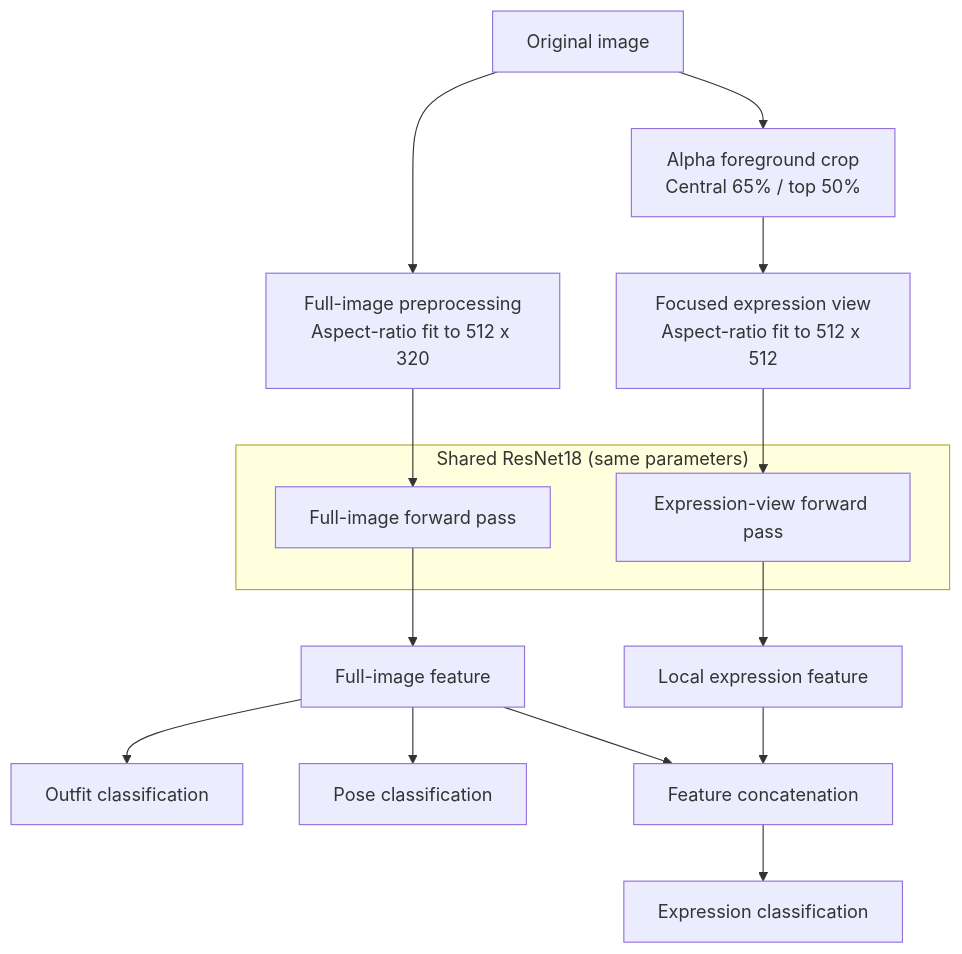
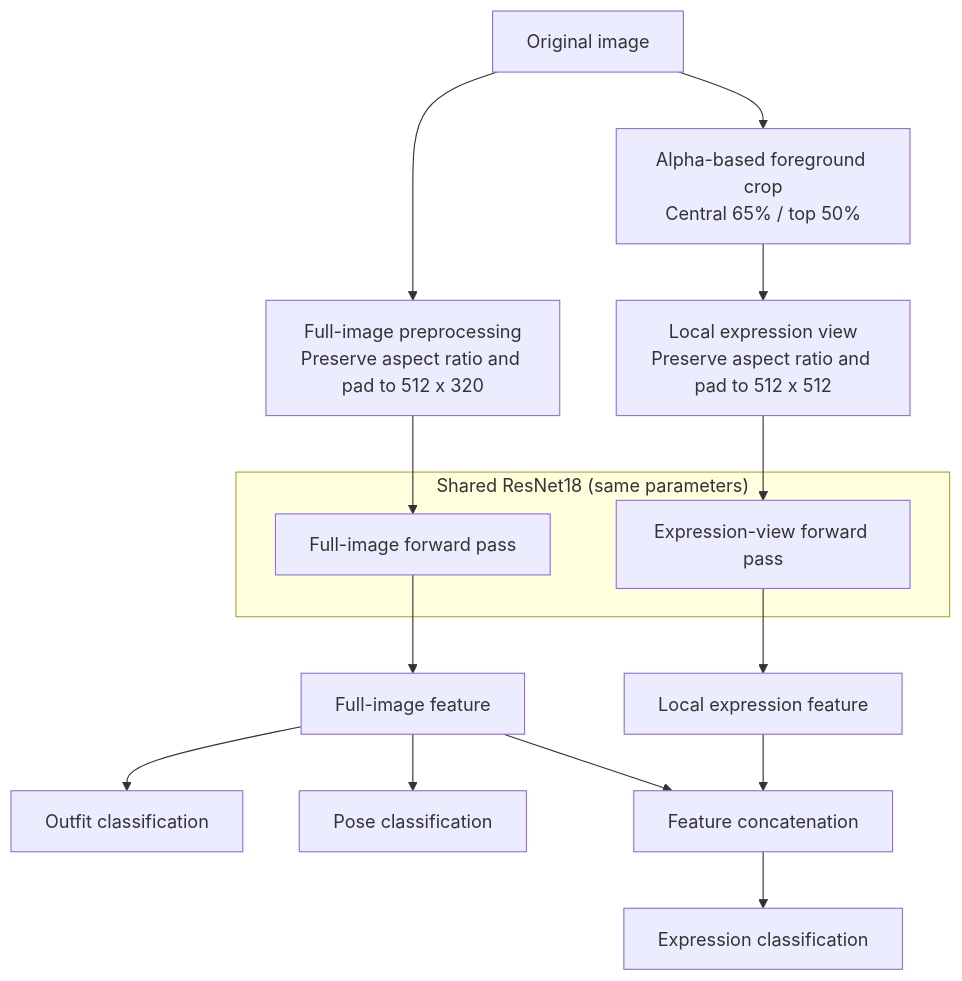
The diagram in README.md (hoshino924/atri-Multi-Attribute-Recognition), drawn with Mermaid before and after one commit. The commit also changed other lines of this file, not shown here.

````diff
--- a/README.md
+++ b/README.md
@@ -31,23 +31,23 @@
 ```mermaid
 flowchart TB
     image["Original image"]
-    image --> full_input["Full-image preprocessing<br/>Aspect-ratio fit to 512 x 320"]
-    image --> crop["Alpha foreground crop<br/>Central 65% / top 50%"]
-    crop --> expression_input["Focused expression view<br/>Aspect-ratio fit to 512 x 512"]
+    image --> full_input["Full-image preprocessing<br/>Preserve aspect ratio and pad to 512 x 320"]
+    image --> crop["Alpha-based foreground crop<br/>Central 65% / top 50%"]
+    crop --> expression_input["Local expression view<br/>Preserve aspect ratio and pad to 512 x 512"]
 
     subgraph backbone["Shared ResNet18 (same parameters)"]
         full_forward["Full-image forward pass"]
         expression_forward["Expression-view forward pass"]
     end
 
     full_input --> full_forward
     expression_input --> expression_forward
     full_forward --> full_feature["Full-image feature"]
     expression_forward --> local_feature["Local expression feature"]
 
     full_feature --> outfit["Outfit classification"]
     full_feature --> pose["Pose classification"]
     full_feature --> fusion["Feature concatenation"]
     local_feature --> fusion
     fusion --> expression["Expression classification"]
 ```
````
